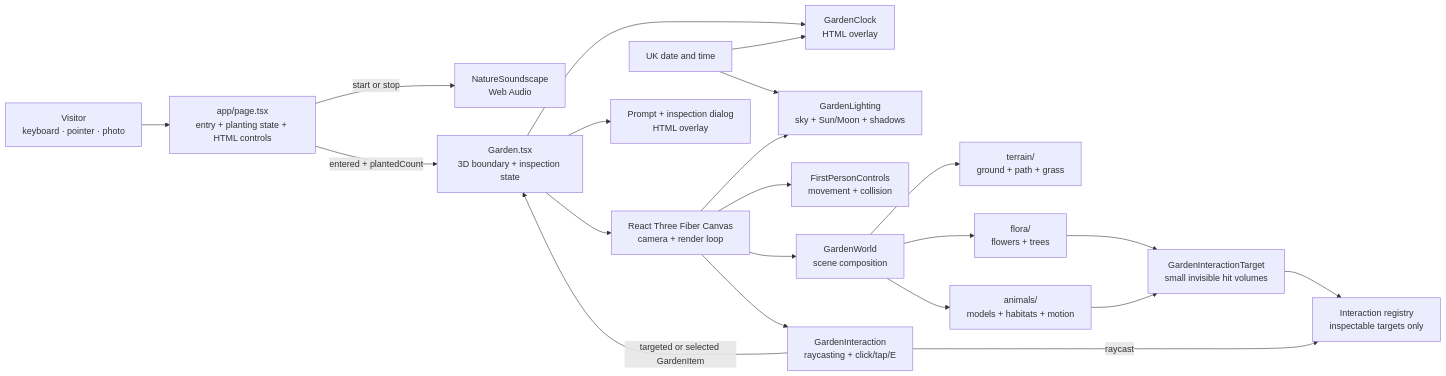
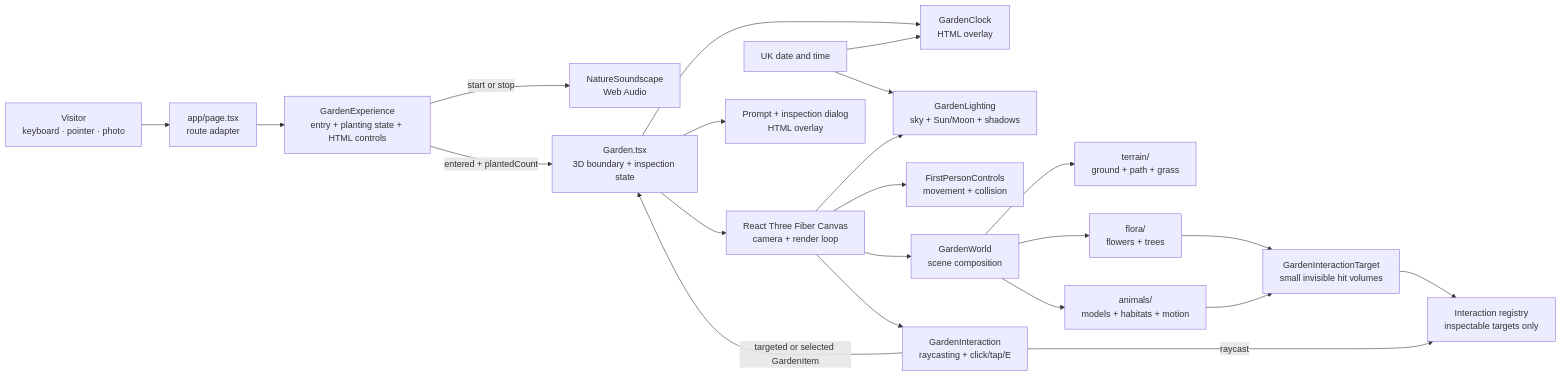
Before and after one commit to sophiaxuz/secret-garden: the diagram in components/garden/README.md, drawn with Mermaid. The commit also changed other lines of this file and 5 other files, not shown here.

Commit message:
refactor: split the garden page into experience modules

````diff
--- a/components/garden/README.md
+++ b/components/garden/README.md
@@ -9,28 +9,29 @@
 ```mermaid
 flowchart LR
-    Visitor["Visitor<br/>keyboard · pointer · photo"] --> Page["app/page.tsx<br/>entry + planting state + HTML controls"]
+    Visitor["Visitor<br/>keyboard · pointer · photo"] --> Page["app/page.tsx<br/>route adapter"]
+    Page --> Experience["GardenExperience<br/>entry + planting state + HTML controls"]
 
-    Page -->|start or stop| Audio["NatureSoundscape<br/>Web Audio"]
-    Page -->|entered + plantedCount| Garden["Garden.tsx<br/>3D boundary + inspection state"]
+    Experience -->|start or stop| Audio["NatureSoundscape<br/>Web Audio"]
+    Experience -->|entered + plantedCount| Garden["Garden.tsx<br/>3D boundary + inspection state"]
 
     Garden --> Clock["GardenClock<br/>HTML overlay"]
     Garden --> Canvas["React Three Fiber Canvas<br/>camera + render loop"]
     Time["UK date and time"] --> Lighting["GardenLighting<br/>sky + Sun/Moon + shadows"]
     Time --> Clock
 
     Canvas --> Lighting
     Canvas --> Navigation["FirstPersonControls<br/>movement + collision"]
     Canvas --> World["GardenWorld<br/>scene composition"]
     Canvas --> Interaction["GardenInteraction<br/>raycasting + click/tap/E"]
 
     World --> Terrain["terrain/<br/>ground + path + grass"]
     World --> Flora["flora/<br/>flowers + trees"]
     World --> Animals["animals/<br/>models + habitats + motion"]
 
     Flora --> Targets["GardenInteractionTarget<br/>small invisible hit volumes"]
     Animals --> Targets
     Targets --> Registry["Interaction registry<br/>inspectable targets only"]
     Interaction -->|raycast| Registry
     Interaction -->|targeted or selected GardenItem| Garden
     Garden --> UI["Prompt + inspection dialog<br/>HTML overlay"]
 ```
````
